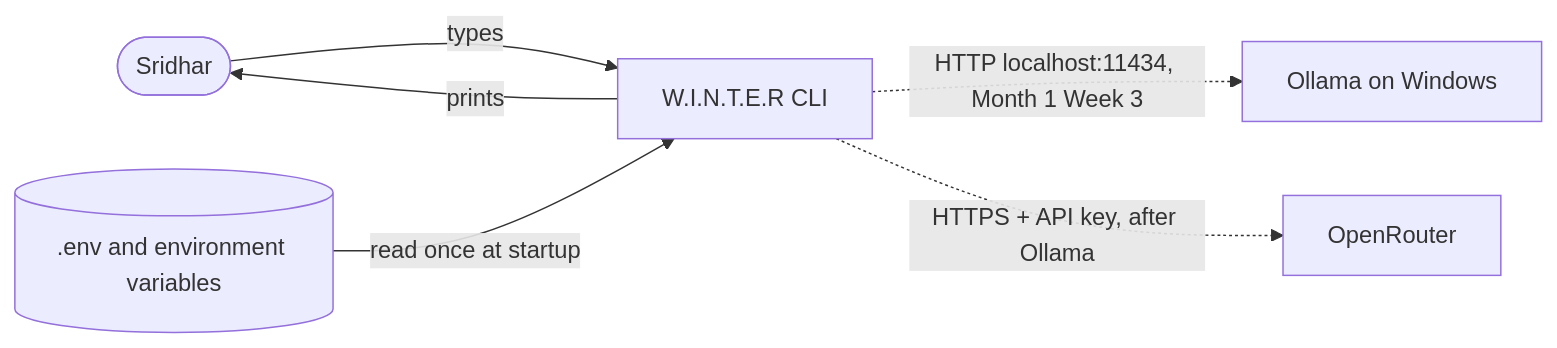
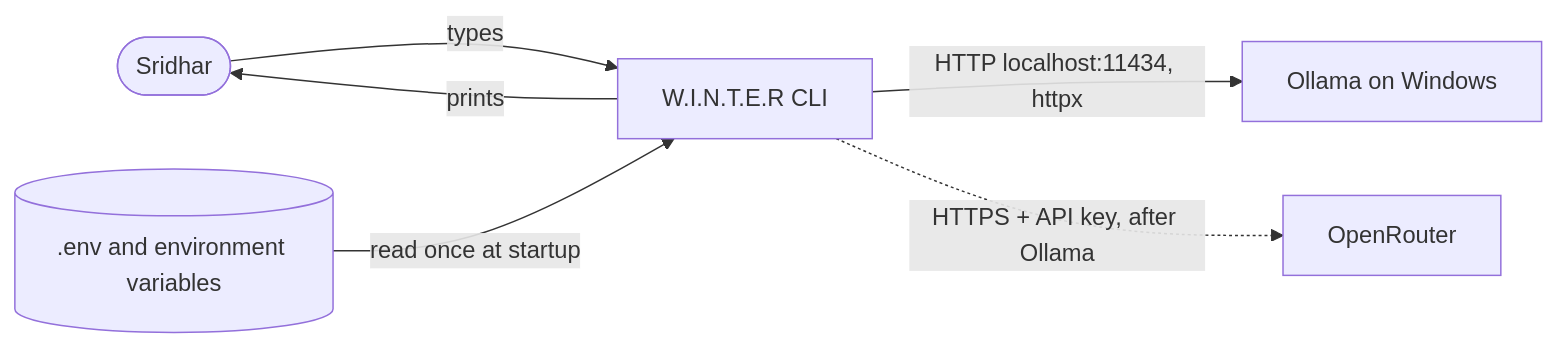
The diagram in docs/design/diagrams/context.md (Sridhar10stlg/W.I.N.T.E.R), drawn with Mermaid before and after one commit. The commit also changed other lines of this file and 7 other files, not shown here.

Commit message:
docs: update README, diagrams and ADR status notes after Block 3

````diff
--- a/docs/design/diagrams/context.md
+++ b/docs/design/diagrams/context.md
@@ -5,8 +5,8 @@
 ```mermaid
 flowchart LR
     user([Sridhar]) -- types --> winter[W.I.N.T.E.R CLI]
     winter -- prints --> user
     env[(.env and environment variables)] -- read once at startup --> winter
-    winter -. HTTP localhost:11434, Month 1 Week 3 .-> ollama[Ollama on Windows]
+    winter -- HTTP localhost:11434, httpx --> ollama[Ollama on Windows]
     winter -. HTTPS + API key, after Ollama .-> openrouter[OpenRouter]
 ```
````
